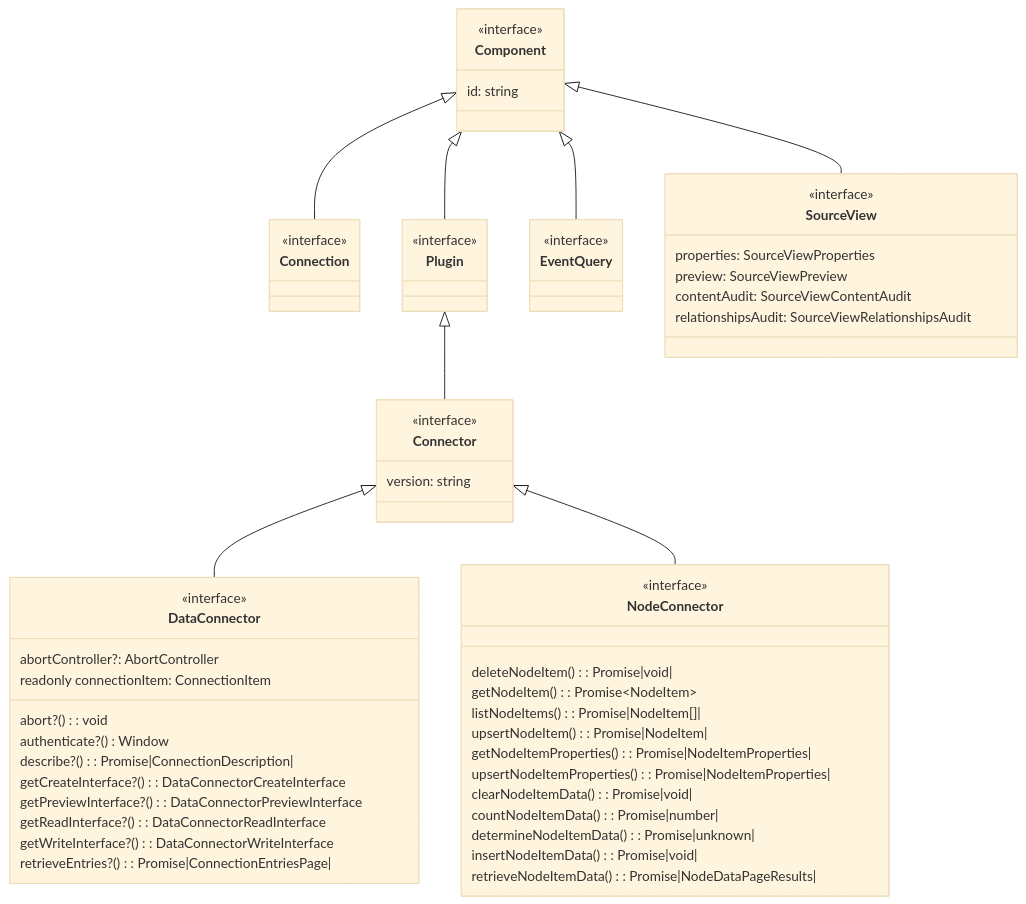
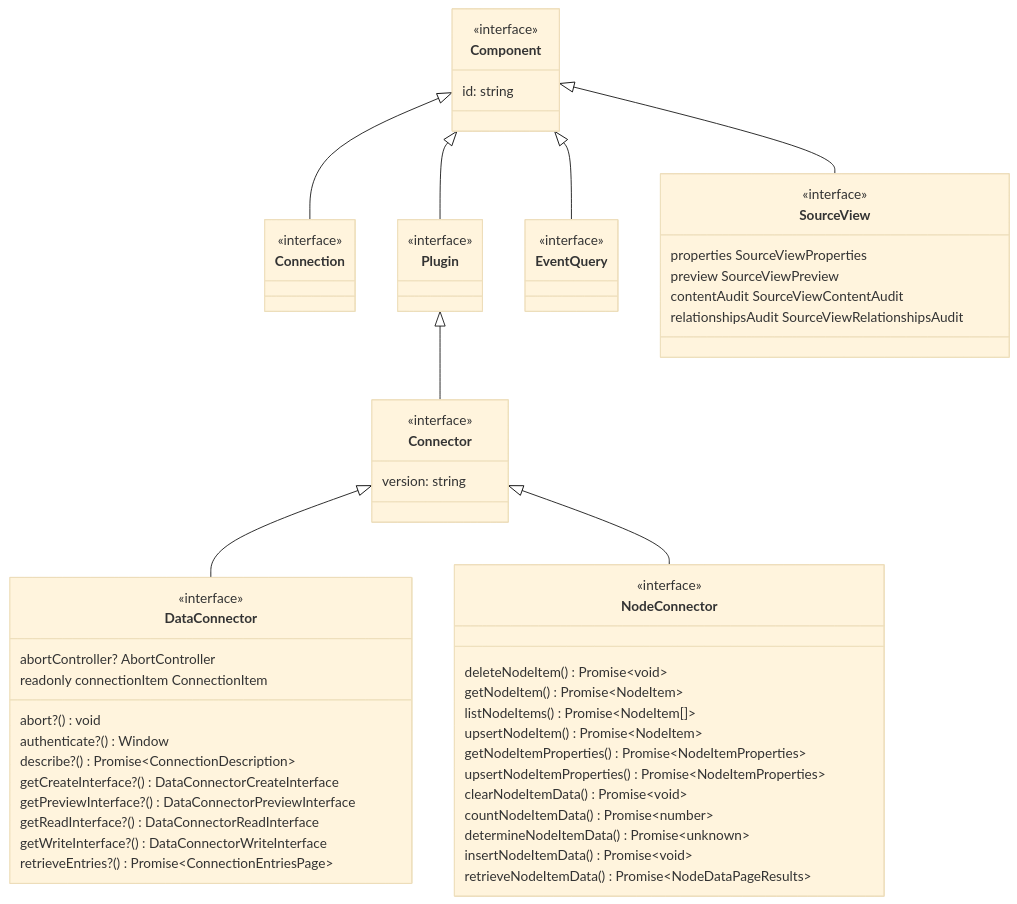
One commit to data-positioning/datapos-shared changed the first of 5 diagrams in README.md. Above: the diagram before and after it, drawn with Mermaid (base theme). The commit also changed other lines of this file and 1 other file, not shown here.

````diff
--- a/README.md
+++ b/README.md
@@ -5,71 +5,71 @@
 ```mermaid
 classDiagram
     direction TB
-    
+
     Component <|-- Connection
     Component <|-- Plugin
     Component <|-- EventQuery
     Component <|-- SourceView
     Plugin <|-- Connector
     Connector <|-- DataConnector
     Connector <|-- NodeConnector
 
     class Component {
         <<interface>>
         id: string
     }
 
     class Connection {
         <<interface>>
     }
 
     class Connector {
         <<interface>>
         version: string
     }
 
     class DataConnector {
         <<interface>>
-        abortController?: AbortController
-        readonly connectionItem: ConnectionItem
-        abort?(): void
+        abortController? AbortController
+        readonly connectionItem ConnectionItem
+        abort?() void
         authenticate?() Window
-        describe?(): Promise|ConnectionDescription|
-        getCreateInterface?(): DataConnectorCreateInterface
-        getPreviewInterface?(): DataConnectorPreviewInterface
-        getReadInterface?(): DataConnectorReadInterface
-        getWriteInterface?(): DataConnectorWriteInterface
-        retrieveEntries?(): Promise|ConnectionEntriesPage|
+        describe?() Promise~ConnectionDescription~
+        getCreateInterface?() DataConnectorCreateInterface
+        getPreviewInterface?() DataConnectorPreviewInterface
+        getReadInterface?() DataConnectorReadInterface
+        getWriteInterface?() DataConnectorWriteInterface
+        retrieveEntries?() Promise~ConnectionEntriesPage~
     }
 
     class NodeConnector {
         <<interface>>
-        deleteNodeItem(): Promise|void|
-        getNodeItem(): Promise~NodeItem~
-        listNodeItems(): Promise|NodeItem[]|
-        upsertNodeItem(): Promise|NodeItem|
-        getNodeItemProperties(): Promise|NodeItemProperties|
-        upsertNodeItemProperties(): Promise|NodeItemProperties|
-        clearNodeItemData(): Promise|void|
-        countNodeItemData(): Promise|number|
-        determineNodeItemData(): Promise|unknown|
-        insertNodeItemData(): Promise|void|
-        retrieveNodeItemData(): Promise|NodeDataPageResults|
+        deleteNodeItem() Promise~void~
+        getNodeItem() Promise~NodeItem~
+        listNodeItems() Promise~NodeItem[]~
+        upsertNodeItem() Promise~NodeItem~
+        getNodeItemProperties() Promise~NodeItemProperties~
+        upsertNodeItemProperties() Promise~NodeItemProperties~
+        clearNodeItemData() Promise~void~
+        countNodeItemData() Promise~number~
+        determineNodeItemData() Promise~unknown~
+        insertNodeItemData() Promise~void~
+        retrieveNodeItemData() Promise~NodeDataPageResults~
    }
 
     class Plugin {
         <<interface>>
     }
 
     class EventQuery {
         <<interface>>
     }
 
     class SourceView {
         <<interface>>
-        properties: SourceViewProperties
-        preview: SourceViewPreview
-        contentAudit: SourceViewContentAudit
-        relationshipsAudit: SourceViewRelationshipsAudit
+        properties SourceViewProperties
+        preview SourceViewPreview
+        contentAudit SourceViewContentAudit
+        relationshipsAudit SourceViewRelationshipsAudit
     }
 ```
````
